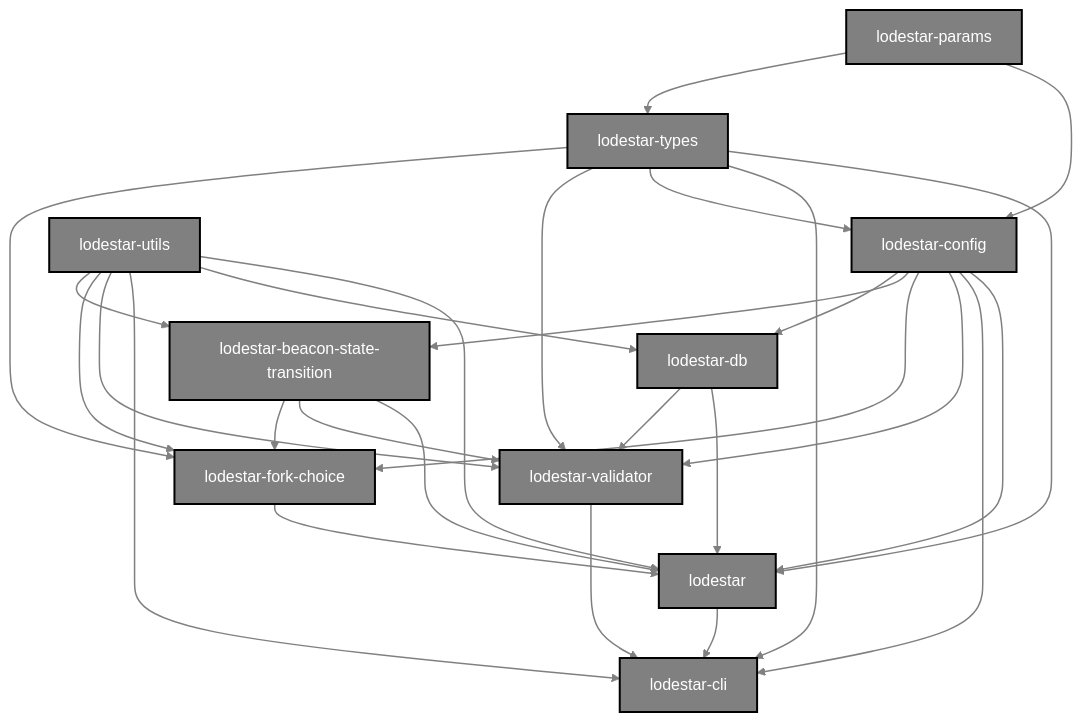
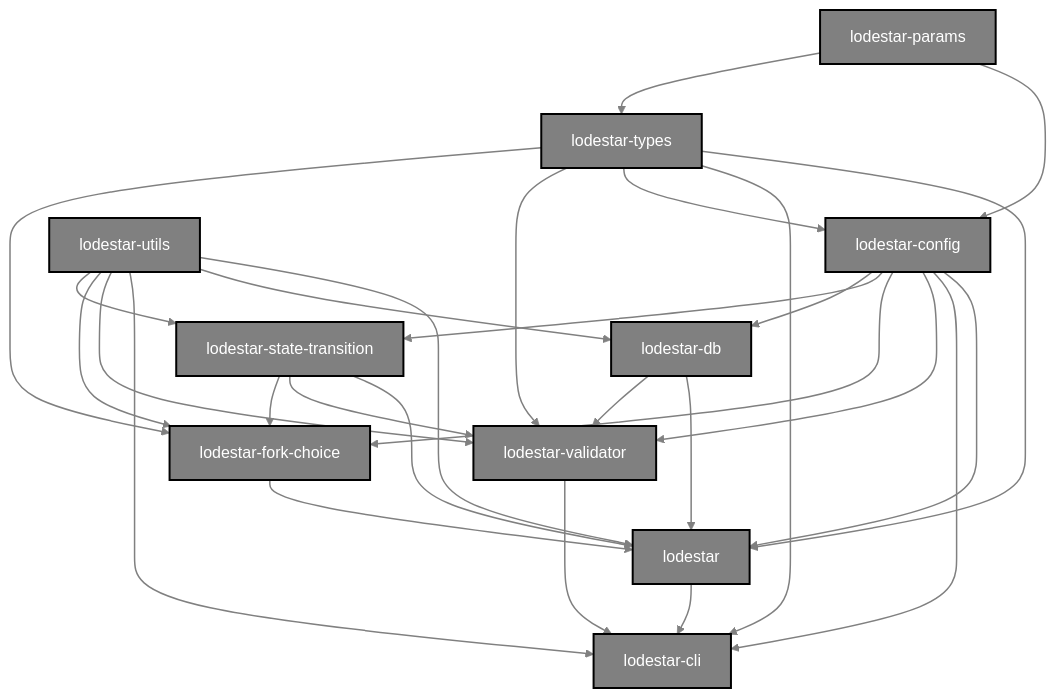
One commit to ChainSafe/lodestar changed the diagram in docs/design/depgraph.md. Above: the diagram before and after it, drawn with Mermaid. The commit also changed other lines of this file and 1465 other files, not shown here.

Commit message:
Rename packages using @lodestar namespace

````diff
--- a/docs/design/depgraph.md
+++ b/docs/design/depgraph.md
@@ -8,62 +8,62 @@
 ```mermaid
 graph TD
     lodestar["lodestar"]:::nodemodule
     cli["lodestar-cli"]:::nodemodule
     config["lodestar-config"]:::nodemodule
     db["lodestar-db"]:::nodemodule
     fork-choice["lodestar-fork-choice"]:::nodemodule
     params["lodestar-params"]:::nodemodule
     types["lodestar-types"]:::nodemodule
     utils["lodestar-utils"]:::nodemodule
     validator["lodestar-validator"]:::nodemodule
-    state-trans["lodestar-beacon-state-transition"]:::nodemodule
+    state-trans["lodestar-state-transition"]:::nodemodule
 
     params-->config
     params-->types
 
     types-->lodestar
     types-->cli
     types-->config
     types-->validator
     types-->fork-choice
 
     config-->lodestar
     config-->cli
     config-->validator
     config-->fork-choice
     config-->state-trans
     config-->db
 
     utils-->lodestar
     utils-->db
     utils-->cli
     utils-->validator
     utils-->fork-choice
     utils-->state-trans
 
     state-trans-->lodestar
     state-trans-->validator
     state-trans-->fork-choice
 
     db-->lodestar
     db-->validator
 
     fork-choice-->lodestar
 
     lodestar-->cli
     validator-->cli
 
     click cli "https://github.com/ChainSafe/lodestar/tree/unstable/packages/cli"
-    click lodestar "https://github.com/ChainSafe/lodestar/tree/unstable/packages/lodestar"
+    click lodestar "https://github.com/ChainSafe/lodestar/tree/unstable/packages/beacon-node"
     click validator "https://github.com/ChainSafe/lodestar/tree/unstable/packages/validator"
     click db "https://github.com/ChainSafe/lodestar/tree/unstable/packages/db"
     click params "https://github.com/ChainSafe/lodestar/tree/unstable/packages/params"
-    click state-trans "https://github.com/ChainSafe/lodestar/tree/unstable/packages/beacon-state-transition"
+    click state-trans "https://github.com/ChainSafe/lodestar/tree/unstable/packages/state-transition"
     click fork-choice "https://github.com/ChainSafe/lodestar/tree/unstable/packages/fork-choice"
     click types "https://github.com/ChainSafe/lodestar/tree/unstable/packages/types"
     click utils "https://github.com/ChainSafe/lodestar/tree/unstable/packages/utils"
     click config "https://github.com/ChainSafe/lodestar/tree/unstable/packages/config"
 
     classDef nodemodule fill:grey,stroke-width:2px,stroke:black,color:white;
     linkStyle default stroke:grey, fill:none,stroke-width:1.5px;
 ```
````
